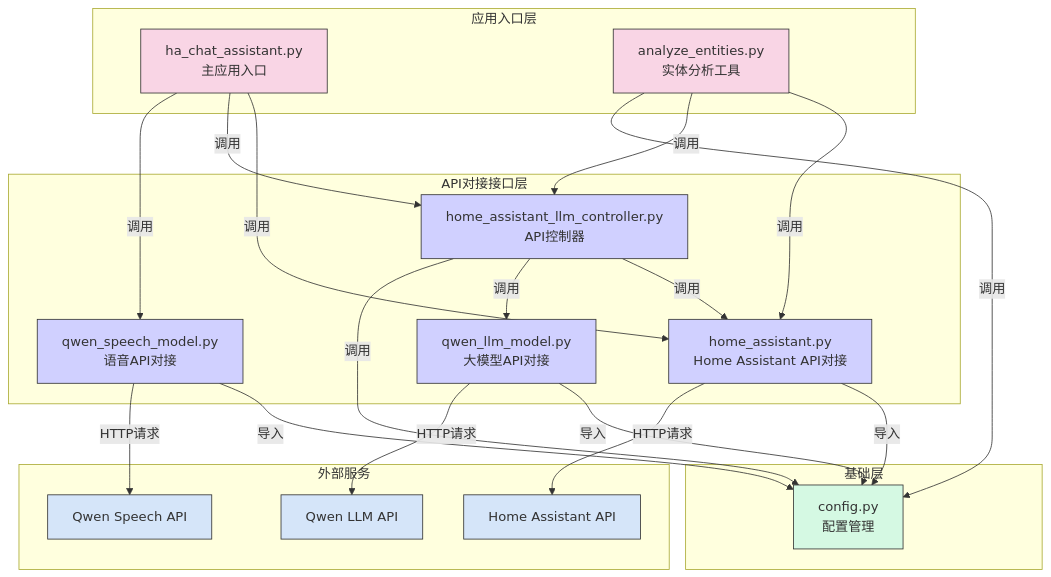
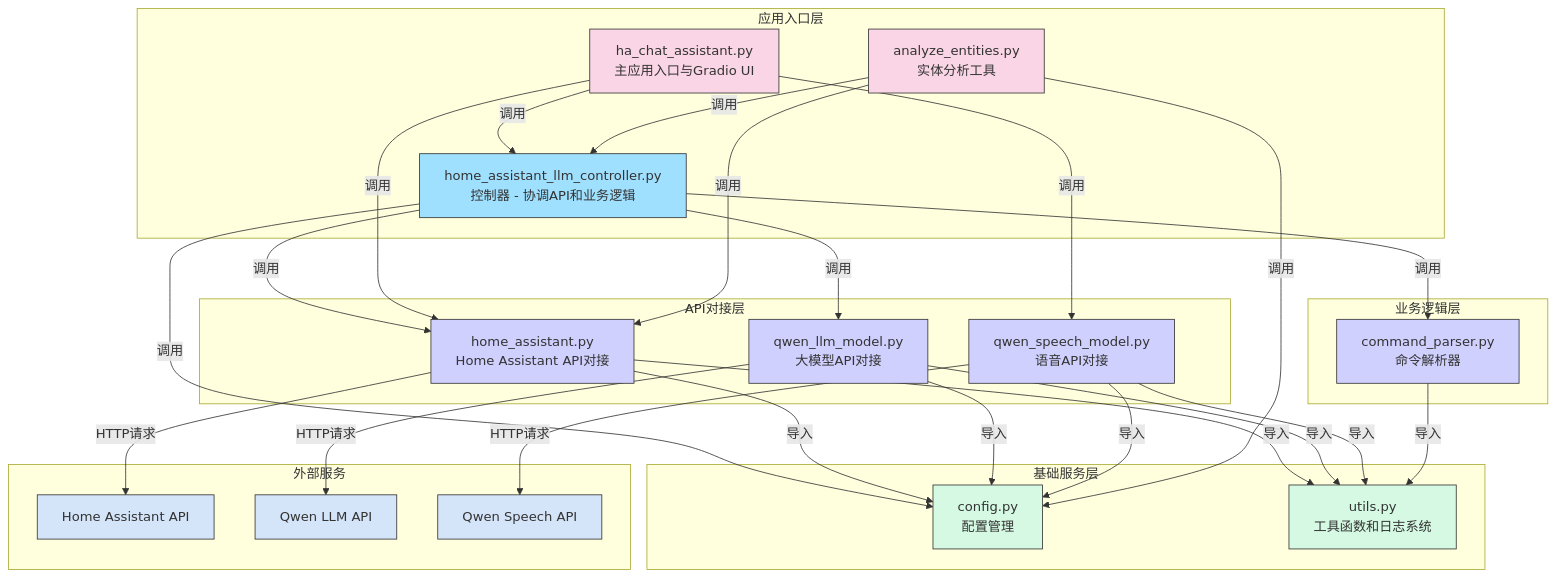
Before and after one commit to zlccccc/HomeAssistant-LLM-Analysis: the diagram in README.md, drawn with Mermaid. The commit also changed other lines of this file and 4 other files, not shown here.

````diff
--- a/README.md
+++ b/README.md
@@ -5,53 +9,62 @@
 ```mermaid
 graph TD
     subgraph 应用入口层
-        A[ha_chat_assistant.py<br>主应用入口]
-        C[analyze_entities.py<br>实体分析工具]
+        A[ha_chat_assistant.py<br>主应用入口与Gradio UI] -->|调用| G
+        C[analyze_entities.py<br>实体分析工具] -->|调用| G
     end
   
-    subgraph API对接接口层
+    subgraph 业务逻辑层
+        G[home_assistant_llm_controller.py<br>控制器 - 协调API和业务逻辑] -->|调用| B6
+    end
+  
+    subgraph API对接层
         B1[home_assistant.py<br>Home Assistant API对接]
         B3[qwen_speech_model.py<br>语音API对接]
         B5[qwen_llm_model.py<br>大模型API对接]
-        B2[home_assistant_llm_controller.py<br>API控制器]
+        B6[command_parser.py<br>命令解析器]
     end
   
-    subgraph 基础层
+    subgraph 基础服务层
         B4[config.py<br>配置管理]
+        B7[utils.py<br>工具函数和日志系统]
     end
   
     subgraph 外部服务
         D[Home Assistant API]
         E[Qwen LLM API]
         F[Qwen Speech API]
     end
     
     %% 调用关系
-    A -->|调用| B1
-    A -->|调用| B2
-    A -->|调用| B3
-    C -->|调用| B1
-    C -->|调用| B2
-    C -->|调用| B4
-    B2 -->|调用| B1
-    B2 -->|调用| B5
-    B2 -->|调用| B4
+    G -->|调用| B1
+    G -->|调用| B5
+    G -->|调用| B4
     B1 -->|导入| B4
+    B1 -->|导入| B7
     B5 -->|导入| B4
+    B5 -->|导入| B7
     B3 -->|导入| B4
+    B3 -->|导入| B7
+    B6 -->|导入| B7
     B1 -->|HTTP请求| D
     B5 -->|HTTP请求| E
     B3 -->|HTTP请求| F
+    A -->|调用| B1
+    A -->|调用| B3
+    C -->|调用| B1
+    C -->|调用| B4
     
     %% 样式设置
     style A fill:#f9d5e5,stroke:#333,stroke-width:1px
     style C fill:#f9d5e5,stroke:#333,stroke-width:1px
+    style G fill:#a0e0ff,stroke:#333,stroke-width:1px
     style B1 fill:#d0d0ff,stroke:#333,stroke-width:1px
     style B3 fill:#d0d0ff,stroke:#333,stroke-width:1px
     style B5 fill:#d0d0ff,stroke:#333,stroke-width:1px
-    style B2 fill:#d0d0ff,stroke:#333,stroke-width:1px
+    style B6 fill:#d0d0ff,stroke:#333,stroke-width:1px
     style B4 fill:#d5f9e3,stroke:#333,stroke-width:1px
+    style B7 fill:#d5f9e3,stroke:#333,stroke-width:1px
     style D fill:#d5e5f9,stroke:#333,stroke-width:1px
     style E fill:#d5e5f9,stroke:#333,stroke-width:1px
     style F fill:#d5e5f9,stroke:#333,stroke-width:1px
 ```
````
